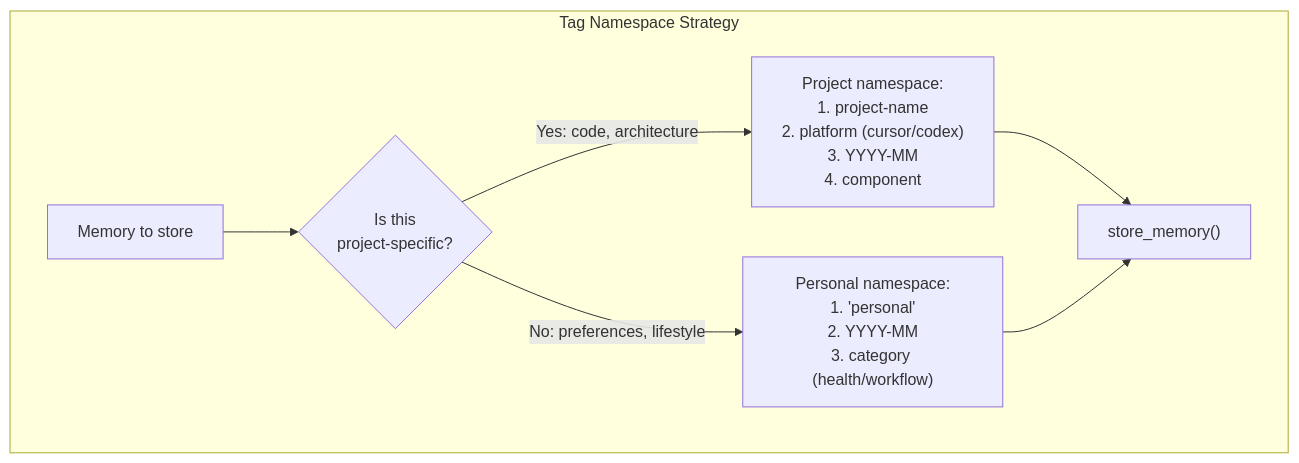
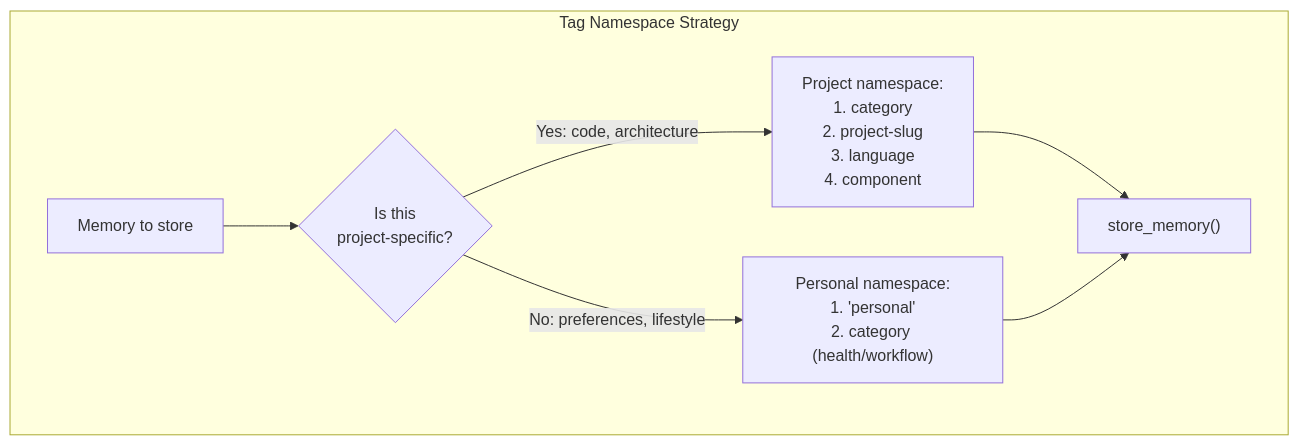
One commit to verygoodplugins/automem-website changed the second of 3 diagrams in src/content/docs/docs/best-practices/memory-rules.md. Above: the diagram before and after it, drawn with Mermaid. The commit also changed other lines of this file, not shown here.

````diff
--- a/src/content/docs/docs/best-practices/memory-rules.md
+++ b/src/content/docs/docs/best-practices/memory-rules.md
@@ -247,21 +247,21 @@
 ```mermaid
 graph TB
     subgraph "Tag Namespace Strategy"
         Memory["Memory to store"]
 
         Decision{"Is this\nproject-specific?"}
 
-        ProjectTags["Project namespace:\n1. project-name\n2. platform (cursor/codex)\n3. YYYY-MM\n4. component"]
+        ProjectTags["Project namespace:\n1. category\n2. project-slug\n3. language\n4. component"]
 
-        PersonalTags["Personal namespace:\n1. 'personal'\n2. YYYY-MM\n3. category (health/workflow)"]
+        PersonalTags["Personal namespace:\n1. 'personal'\n2. category (health/workflow)"]
 
         Store["store_memory()"]
     end
 
     Memory --> Decision
     Decision -->|Yes: code, architecture| ProjectTags
     Decision -->|No: preferences, lifestyle| PersonalTags
 
     ProjectTags --> Store
     PersonalTags --> Store
 ```
````
